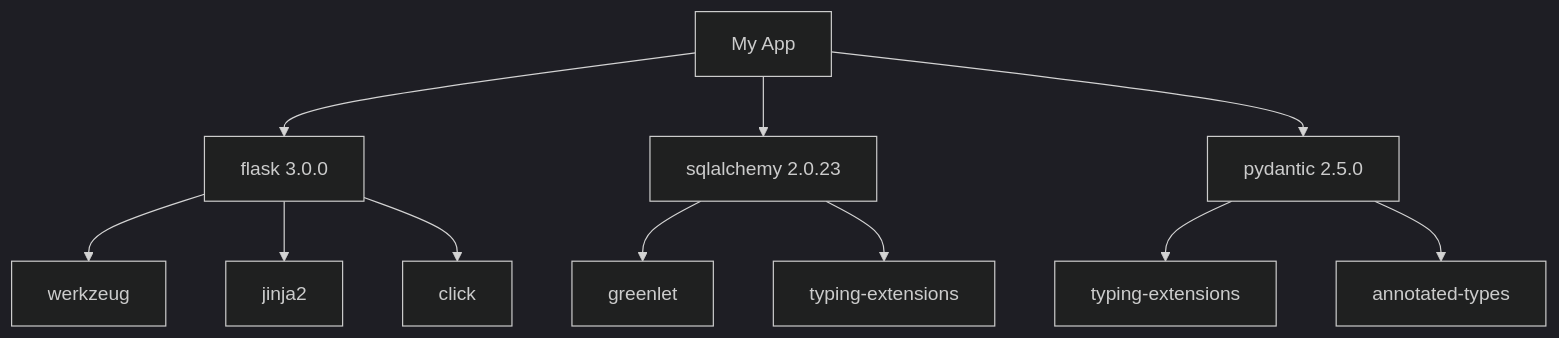
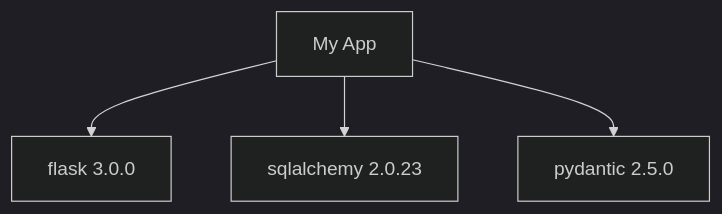
Before and after one commit to hamfarid/store-erp: the fourth of 5 diagrams in github/global/prompts/03_mcp_integration.md, drawn with Mermaid (dark theme). The commit also changed other lines of this file and 3200 other files, not shown here.

````diff
--- a/github/global/prompts/03_mcp_integration.md
+++ b/github/global/prompts/03_mcp_integration.md
@@ -349,18 +192,8 @@
 ```mermaid
 graph TD
     App[My App]
     
     App --> Flask[flask 3.0.0]
     App --> SQLAlchemy[sqlalchemy 2.0.23]
     App --> Pydantic[pydantic 2.5.0]
-    
-    Flask --> Werkzeug[werkzeug]
-    Flask --> Jinja2[jinja2]
-    Flask --> Click[click]
-    
-    SQLAlchemy --> Greenlet[greenlet]
-    SQLAlchemy --> TypingExt1[typing-extensions]
-    
-    Pydantic --> TypingExt2[typing-extensions]
-    Pydantic --> AnnotatedTypes[annotated-types]
 ```
````
